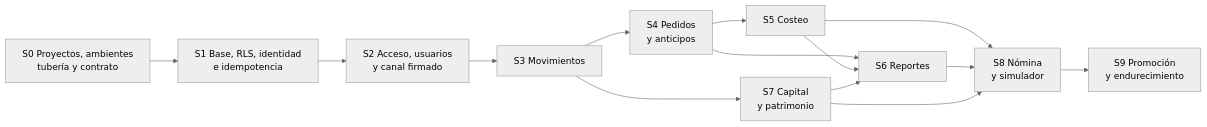
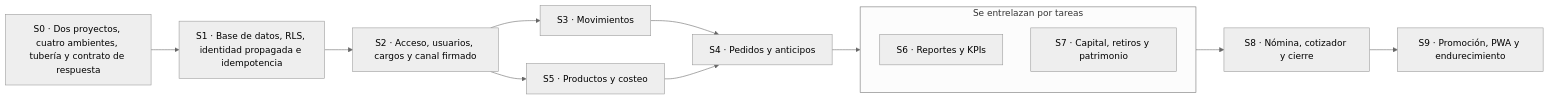
Before and after one commit to Juanchope039/Finanzas-PRISMA: the second of 2 diagrams in docs/08-plan-de-desarrollo.md, drawn with Mermaid (neutral theme). The commit also changed other lines of this file and 52 other files, not shown here.

````diff
--- a/docs/08-plan-de-desarrollo.md
+++ b/docs/08-plan-de-desarrollo.md
@@ -549,16 +802,24 @@
 ```mermaid
 graph LR
-  S0[S0 Proyectos, ambientes<br/>tubería y contrato] --> S1[S1 Base, RLS, identidad<br/>e idempotencia]
-  S1 --> S2[S2 Acceso, usuarios<br/>y canal firmado]
-  S2 --> S3[S3 Movimientos]
-  S3 --> S4[S4 Pedidos<br/>y anticipos]
-  S3 --> S7[S7 Capital<br/>y patrimonio]
-  S4 --> S5[S5 Costeo]
-  S4 --> S6[S6 Reportes]
-  S5 --> S6
-  S7 --> S6
-  S5 --> S8[S8 Nómina<br/>y simulador]
-  S6 --> S8
-  S7 --> S8
-  S8 --> S9[S9 Promoción<br/>y endurecimiento]
+  S0["S0 · Dos proyectos, cuatro ambientes, tubería y contrato de respuesta"]
+  S1["S1 · Base de datos, RLS, identidad propagada e idempotencia"]
+  S2["S2 · Acceso, usuarios, cargos y canal firmado"]
+  S3["S3 · Movimientos"]
+  S4["S4 · Pedidos y anticipos"]
+  S5["S5 · Productos y costeo"]
+  subgraph G67["Se entrelazan por tareas"]
+    S6["S6 · Reportes y KPIs"]
+    S7["S7 · Capital, retiros y patrimonio"]
+  end
+  S8["S8 · Nómina, cotizador y cierre"]
+  S9["S9 · Promoción, PWA y endurecimiento"]
+  S0 --> S1
+  S1 --> S2
+  S2 --> S3
+  S2 --> S5
+  S3 --> S4
+  S4 --> G67
+  S5 --> S4
+  G67 --> S8
+  S8 --> S9
 ```
````
